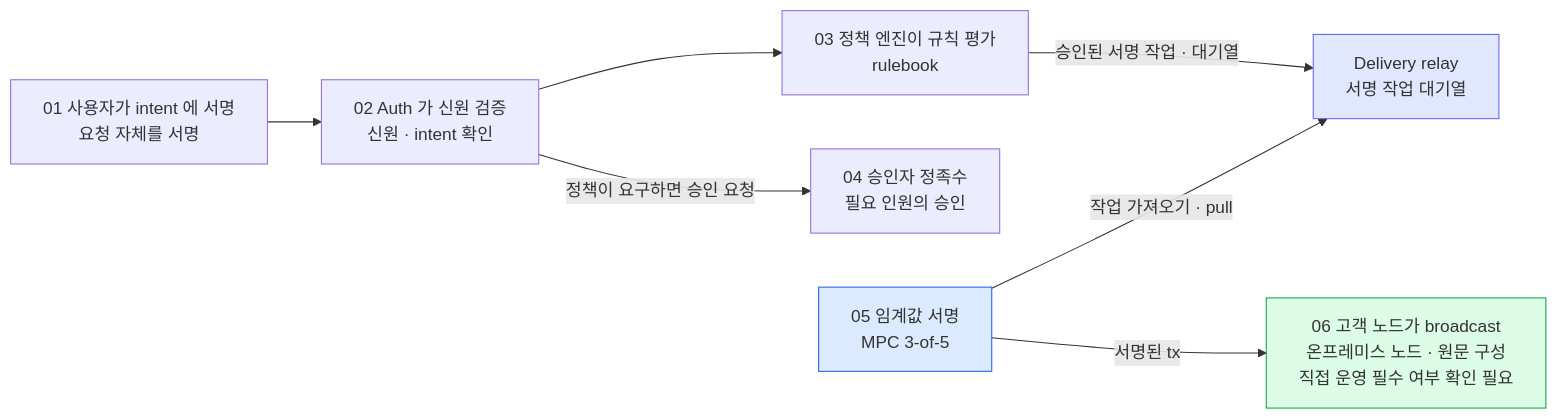
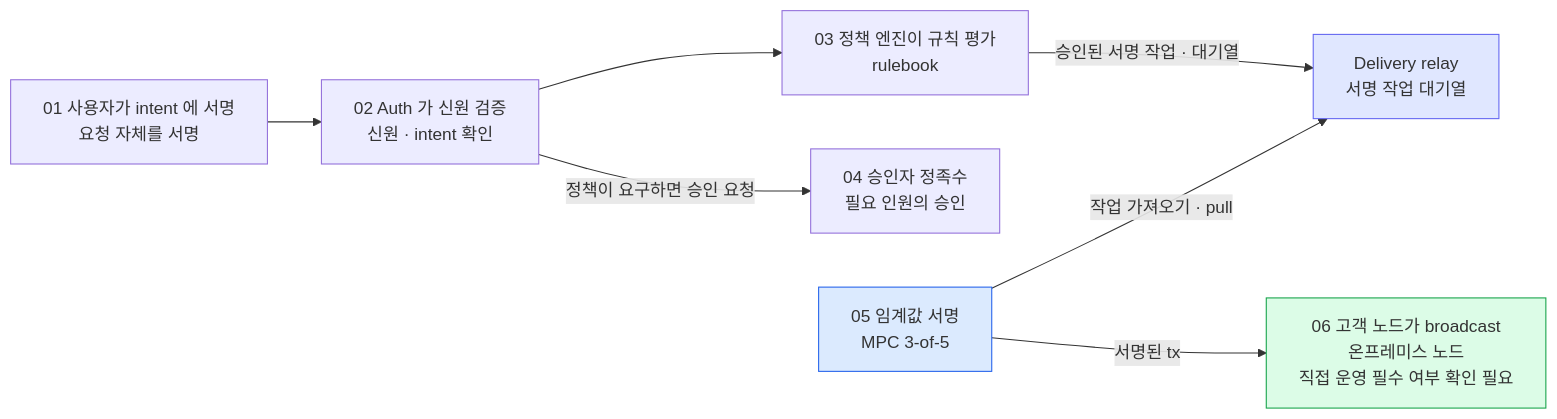
Before and after one commit to eunsujeo/eunpus: the fourth of 4 diagrams in blockchain-manager/docs/WaaS 도입·구축/Dfns/00-on-premise-deployment.md, drawn with Mermaid. The commit also changed other lines of this file and 10 other files, not shown here.

````diff
--- a/blockchain-manager/docs/WaaS 도입·구축/Dfns/00-on-premise-deployment.md
+++ b/blockchain-manager/docs/WaaS 도입·구축/Dfns/00-on-premise-deployment.md
@@ -333,15 +304,15 @@
 ```mermaid
 flowchart LR
   U["01 사용자가 intent 에 서명<br/>요청 자체를 서명"] --> A["02 Auth 가 신원 검증<br/>신원 · intent 확인"]
   A --> P["03 정책 엔진이 규칙 평가<br/>rulebook"]
   A -->|"정책이 요구하면 승인 요청"| Q["04 승인자 정족수<br/>필요 인원의 승인"]
   P -->|"승인된 서명 작업 · 대기열"| R["Delivery relay<br/>서명 작업 대기열"]
   S["05 임계값 서명<br/>MPC 3-of-5"] -->|"작업 가져오기 · pull"| R
-  S -->|"서명된 tx"| N["06 고객 노드가 broadcast<br/>온프레미스 노드 · 원문 구성<br/>직접 운영 필수 여부 확인 필요"]
+  S -->|"서명된 tx"| N["06 고객 노드가 broadcast<br/>온프레미스 노드<br/>직접 운영 필수 여부 확인 필요"]
   classDef vault fill:#dbeafe,stroke:#2563eb
   classDef special fill:#e0e7ff,stroke:#6366f1
   classDef good fill:#dcfce7,stroke:#16a34a
   class S vault
   class R special
   class N good
 ```
````
